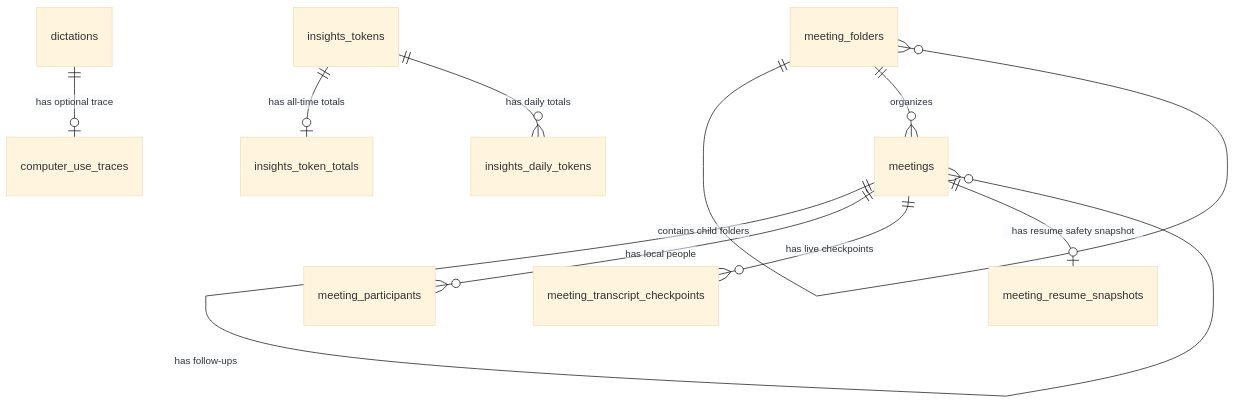
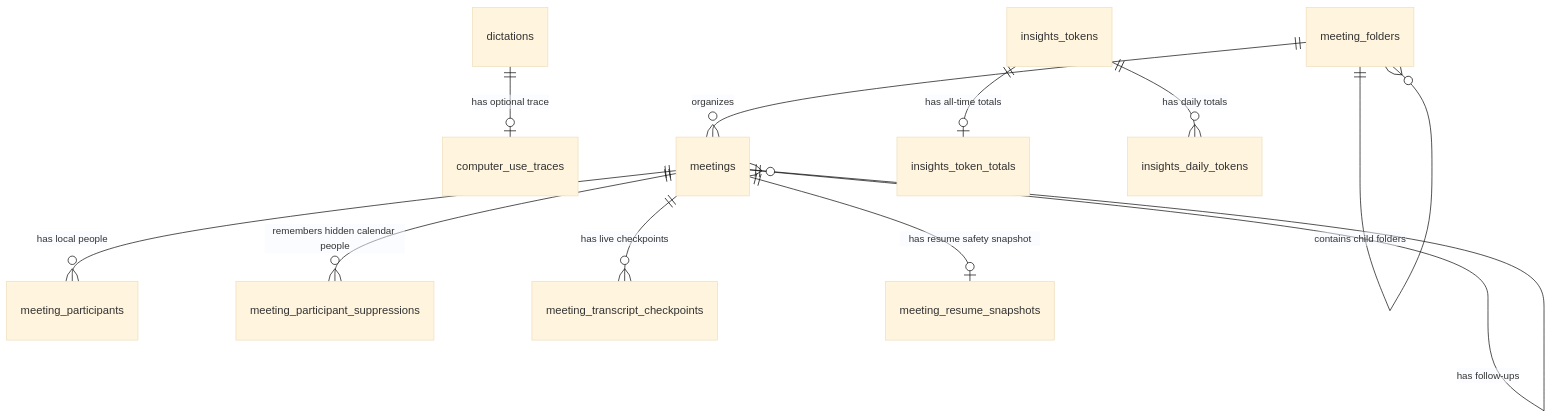
Before and after one commit to Muesli-HQ/muesli: the diagram in docs/database-schema.md, drawn with Mermaid (base theme). The commit also changed other lines of this file and 5 other files, not shown here.

Commit message:
Reconcile calendar people before meetings

````diff
--- a/docs/database-schema.md
+++ b/docs/database-schema.md
@@ -43,14 +43,15 @@
 ```mermaid
 erDiagram
     dictations ||--o| computer_use_traces : "has optional trace"
 
     meeting_folders ||--o{ meeting_folders : "contains child folders"
     meeting_folders ||--o{ meetings : "organizes"
     meetings ||--o{ meetings : "has follow-ups"
     meetings ||--o{ meeting_participants : "has local people"
+    meetings ||--o{ meeting_participant_suppressions : "remembers hidden calendar people"
     meetings ||--o{ meeting_transcript_checkpoints : "has live checkpoints"
     meetings ||--o| meeting_resume_snapshots : "has resume safety snapshot"
 
     insights_tokens ||--o| insights_token_totals : "has all-time totals"
     insights_tokens ||--o{ insights_daily_tokens : "has daily totals"
 ```
````
